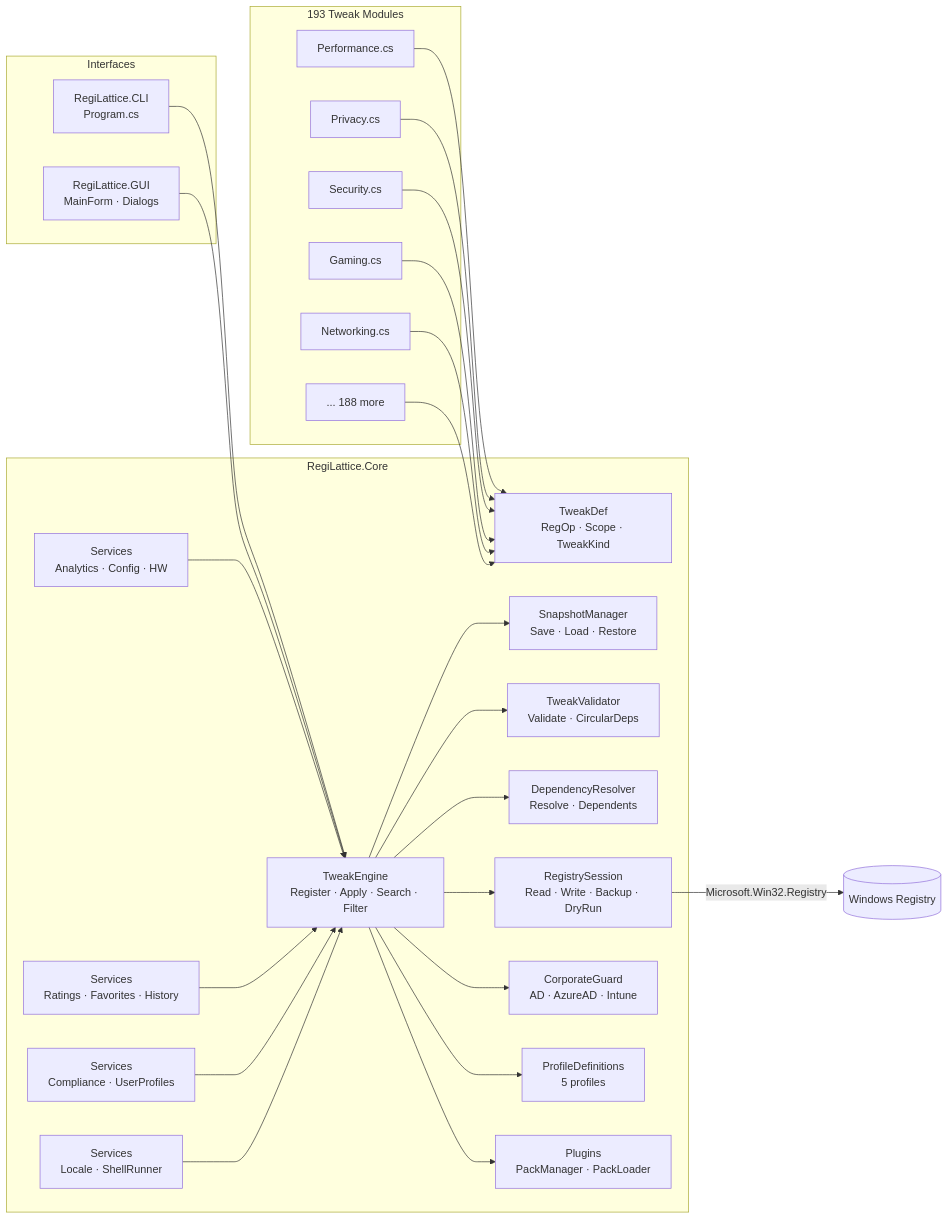
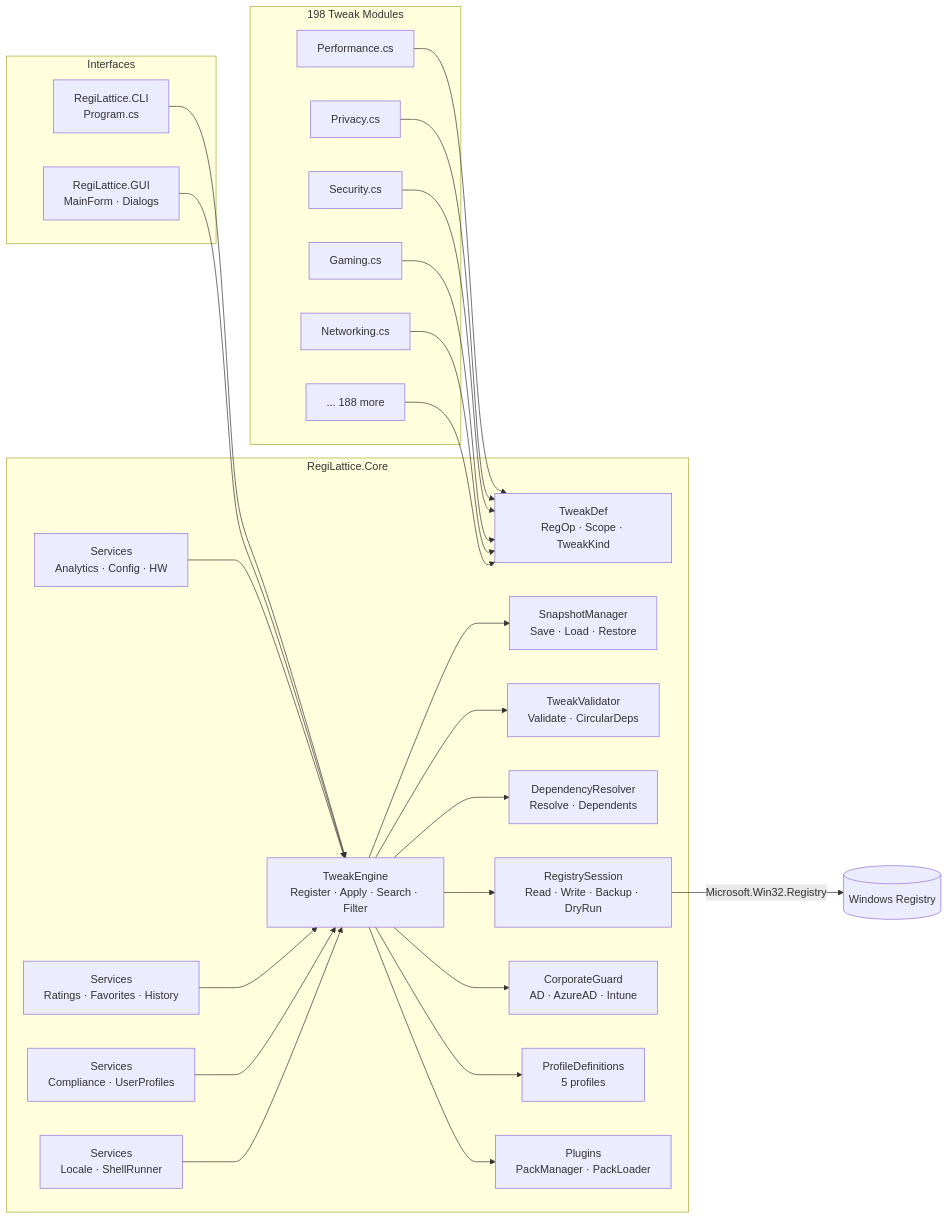
One commit to RajwanYair/RegiLattice changed the diagram in README.md. Above: the diagram before and after it, drawn with Mermaid. The commit also changed other lines of this file and 12 other files, not shown here.

First line of the commit message:
feat(tweaks): add 5 new policy modules — 50 tweaks, bump v5.1.0 (Sprints 162-166)

````diff
--- a/README.md
+++ b/README.md
@@ -87,53 +87,53 @@
 ```mermaid
 graph LR
     subgraph Interfaces
         CLI[RegiLattice.CLI<br/>Program.cs]
         GUI[RegiLattice.GUI<br/>MainForm · Dialogs]
     end
 
     subgraph Core["RegiLattice.Core"]
         TE[TweakEngine<br/>Register · Apply · Search · Filter]
         SM[SnapshotManager<br/>Save · Load · Restore]
         TV[TweakValidator<br/>Validate · CircularDeps]
         DR[DependencyResolver<br/>Resolve · Dependents]
         TD[TweakDef<br/>RegOp · Scope · TweakKind]
         RS[RegistrySession<br/>Read · Write · Backup · DryRun]
         CG[CorporateGuard<br/>AD · AzureAD · Intune]
         PD[ProfileDefinitions<br/>5 profiles]
         SV[Services<br/>Analytics · Config · HW]
         SV2[Services<br/>Ratings · Favorites · History]
         SV3[Services<br/>Compliance · UserProfiles]
         SV4[Services<br/>Locale · ShellRunner]
         PM[Plugins<br/>PackManager · PackLoader]
     end
 
-    subgraph Tweaks["193 Tweak Modules"]
+    subgraph Tweaks["198 Tweak Modules"]
         T1[Performance.cs]
         T2[Privacy.cs]
         T3[Security.cs]
         T4[Gaming.cs]
         T5[Networking.cs]
         TN[... 188 more]
     end
 
     CLI --> TE
     GUI --> TE
     TE --> SM
     TE --> TV
     TE --> DR
     TE --> RS
     TE --> CG
     TE --> PD
     TE --> PM
     SV --> TE
     SV2 --> TE
     SV3 --> TE
     SV4 --> TE
     T1 --> TD
     T2 --> TD
     T3 --> TD
     T4 --> TD
     T5 --> TD
     TN --> TD
     RS -->|Microsoft.Win32.Registry| WR[(Windows Registry)]
 ```
````
